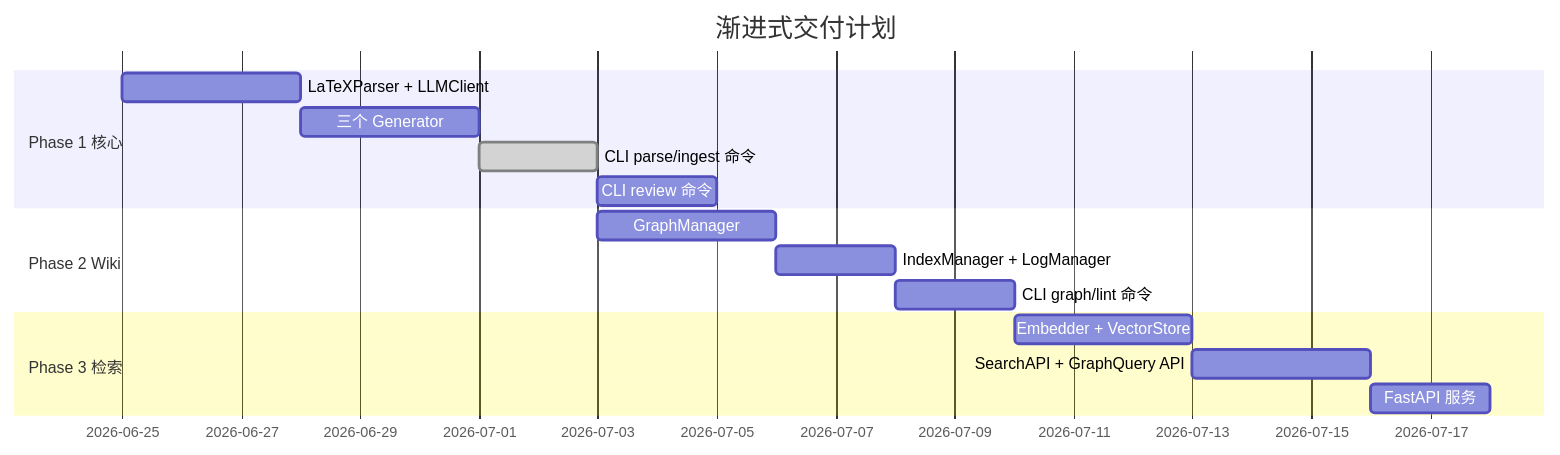
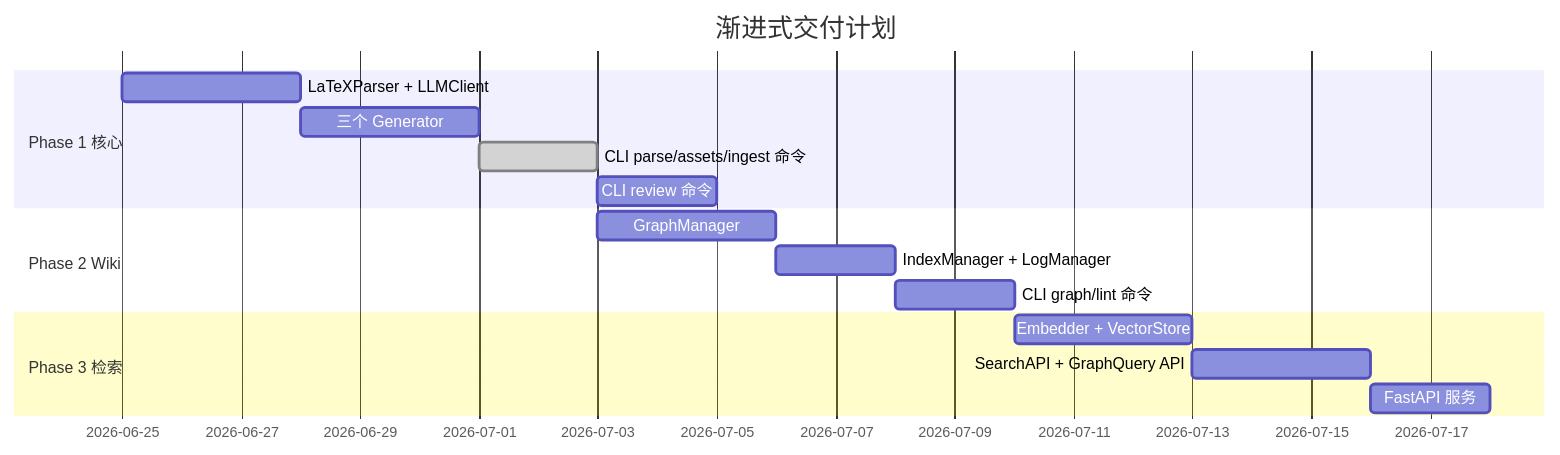
One commit to Szy5/ResearchWorkSpace changed diagram 16 of 16 in docs/Paper-Wiki 技术方案_v1.md. Above: the diagram before and after it, drawn with Mermaid. The commit also changed other lines of this file and 182 other files, not shown here.

````diff
--- a/docs/Paper-Wiki 技术方案_v1.md
+++ b/docs/Paper-Wiki 技术方案_v1.md
@@ -775,20 +989,20 @@
 ```mermaid
 gantt
     title 渐进式交付计划
     dateFormat  YYYY-MM-DD
     section Phase 1 核心
     LaTeXParser + LLMClient         :p1a, 2026-06-25, 3d
     三个 Generator                   :p1b, after p1a, 3d
-    CLI parse/ingest 命令            :done, p1c, after p1b, 2d
+    CLI parse/assets/ingest 命令     :done, p1c, after p1b, 2d
     CLI review 命令                  :p1d, after p1c, 2d
 
     section Phase 2 Wiki
     GraphManager                    :p2a, after p1c, 3d
     IndexManager + LogManager       :p2b, after p2a, 2d
     CLI graph/lint 命令              :p2c, after p2b, 2d
 
     section Phase 3 检索
     Embedder + VectorStore          :p3a, after p2c, 3d
     SearchAPI + GraphQuery API      :p3b, after p3a, 3d
     FastAPI 服务                    :p3c, after p3b, 2d
 ```
````
